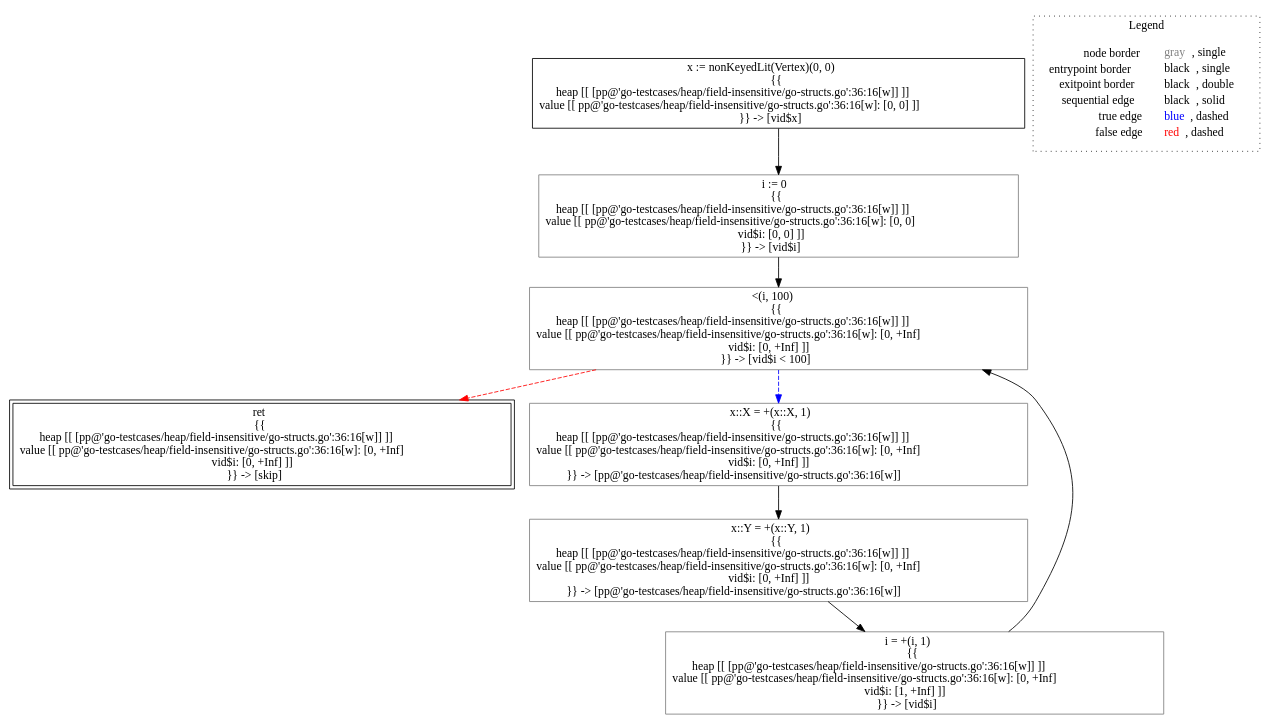
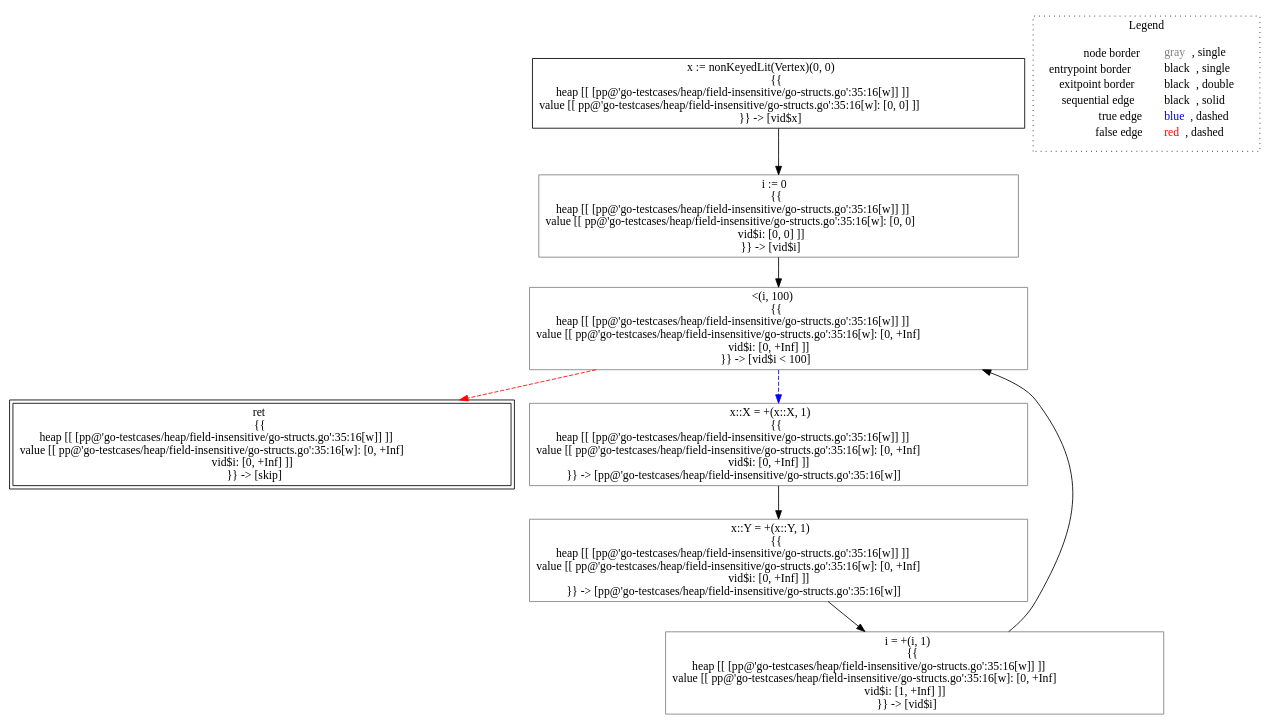
Before and after one commit to lisa-analyzer/go-lisa: the diagram in go-lisa/go-testcases/heap/field-insensitive/analysis___untyped_~LiSAProgram.forAlloc().dot, drawn with Graphviz. The commit also changed 14 other files, not shown here.

```diff
--- a/go-lisa/go-testcases/heap/field-insensitive/analysis___untyped_~LiSAProgram.forAlloc().dot
+++ b/go-lisa/go-testcases/heap/field-insensitive/analysis___untyped_~LiSAProgram.forAlloc().dot
@@ -1,23 +1,23 @@
 digraph {
-	"node0" [shape="rect",color="black",label=<x := nonKeyedLit(Vertex)(0, 0)<BR/>{{<BR/>heap [[ [pp@'go-testcases/heap/field-insensitive/go-structs.go':36:16[w]] ]]<BR/>value [[ pp@'go-testcases/heap/field-insensitive/go-structs.go':36:16[w]: [0, 0] ]]<BR/>}} -&gt; [vid$x]>];
-	"node1" [shape="rect",color="gray",label=<&lt;(i, 100)<BR/>{{<BR/>heap [[ [pp@'go-testcases/heap/field-insensitive/go-structs.go':36:16[w]] ]]<BR/>value [[ pp@'go-testcases/heap/field-insensitive/go-structs.go':36:16[w]: [0, +Inf]<BR/>vid$i: [0, +Inf] ]]<BR/>}} -&gt; [vid$i &lt; 100]>];
-	"node2" [shape="rect",color="gray",label=<x::Y = +(x::Y, 1)<BR/>{{<BR/>heap [[ [pp@'go-testcases/heap/field-insensitive/go-structs.go':36:16[w]] ]]<BR/>value [[ pp@'go-testcases/heap/field-insensitive/go-structs.go':36:16[w]: [0, +Inf]<BR/>vid$i: [0, +Inf] ]]<BR/>}} -&gt; [pp@'go-testcases/heap/field-insensitive/go-structs.go':36:16[w]]>];
-	"node3" [shape="rect",color="gray",label=<i = +(i, 1)<BR/>{{<BR/>heap [[ [pp@'go-testcases/heap/field-insensitive/go-structs.go':36:16[w]] ]]<BR/>value [[ pp@'go-testcases/heap/field-insensitive/go-structs.go':36:16[w]: [0, +Inf]<BR/>vid$i: [1, +Inf] ]]<BR/>}} -&gt; [vid$i]>];
-	"node4" [shape="rect",color="black",peripheries="2",label=<ret<BR/>{{<BR/>heap [[ [pp@'go-testcases/heap/field-insensitive/go-structs.go':36:16[w]] ]]<BR/>value [[ pp@'go-testcases/heap/field-insensitive/go-structs.go':36:16[w]: [0, +Inf]<BR/>vid$i: [0, +Inf] ]]<BR/>}} -&gt; [skip]>];
-	"node5" [shape="rect",color="gray",label=<i := 0<BR/>{{<BR/>heap [[ [pp@'go-testcases/heap/field-insensitive/go-structs.go':36:16[w]] ]]<BR/>value [[ pp@'go-testcases/heap/field-insensitive/go-structs.go':36:16[w]: [0, 0]<BR/>vid$i: [0, 0] ]]<BR/>}} -&gt; [vid$i]>];
-	"node6" [shape="rect",color="gray",label=<x::X = +(x::X, 1)<BR/>{{<BR/>heap [[ [pp@'go-testcases/heap/field-insensitive/go-structs.go':36:16[w]] ]]<BR/>value [[ pp@'go-testcases/heap/field-insensitive/go-structs.go':36:16[w]: [0, +Inf]<BR/>vid$i: [0, +Inf] ]]<BR/>}} -&gt; [pp@'go-testcases/heap/field-insensitive/go-structs.go':36:16[w]]>];
-	"node1" -> "node4" [color="red",style="dashed"];
-	"node1" -> "node6" [color="blue",style="dashed"];
-	"node2" -> "node3" [color="black"];
-	"node3" -> "node1" [color="black"];
+	"node0" [shape="rect",color="black",label=<x := nonKeyedLit(Vertex)(0, 0)<BR/>{{<BR/>heap [[ [pp@'go-testcases/heap/field-insensitive/go-structs.go':35:16[w]] ]]<BR/>value [[ pp@'go-testcases/heap/field-insensitive/go-structs.go':35:16[w]: [0, 0] ]]<BR/>}} -&gt; [vid$x]>];
+	"node1" [shape="rect",color="black",peripheries="2",label=<ret<BR/>{{<BR/>heap [[ [pp@'go-testcases/heap/field-insensitive/go-structs.go':35:16[w]] ]]<BR/>value [[ pp@'go-testcases/heap/field-insensitive/go-structs.go':35:16[w]: [0, +Inf]<BR/>vid$i: [0, +Inf] ]]<BR/>}} -&gt; [skip]>];
+	"node2" [shape="rect",color="gray",label=<&lt;(i, 100)<BR/>{{<BR/>heap [[ [pp@'go-testcases/heap/field-insensitive/go-structs.go':35:16[w]] ]]<BR/>value [[ pp@'go-testcases/heap/field-insensitive/go-structs.go':35:16[w]: [0, +Inf]<BR/>vid$i: [0, +Inf] ]]<BR/>}} -&gt; [vid$i &lt; 100]>];
+	"node3" [shape="rect",color="gray",label=<x::X = +(x::X, 1)<BR/>{{<BR/>heap [[ [pp@'go-testcases/heap/field-insensitive/go-structs.go':35:16[w]] ]]<BR/>value [[ pp@'go-testcases/heap/field-insensitive/go-structs.go':35:16[w]: [0, +Inf]<BR/>vid$i: [0, +Inf] ]]<BR/>}} -&gt; [pp@'go-testcases/heap/field-insensitive/go-structs.go':35:16[w]]>];
+	"node4" [shape="rect",color="gray",label=<i = +(i, 1)<BR/>{{<BR/>heap [[ [pp@'go-testcases/heap/field-insensitive/go-structs.go':35:16[w]] ]]<BR/>value [[ pp@'go-testcases/heap/field-insensitive/go-structs.go':35:16[w]: [0, +Inf]<BR/>vid$i: [1, +Inf] ]]<BR/>}} -&gt; [vid$i]>];
+	"node5" [shape="rect",color="gray",label=<i := 0<BR/>{{<BR/>heap [[ [pp@'go-testcases/heap/field-insensitive/go-structs.go':35:16[w]] ]]<BR/>value [[ pp@'go-testcases/heap/field-insensitive/go-structs.go':35:16[w]: [0, 0]<BR/>vid$i: [0, 0] ]]<BR/>}} -&gt; [vid$i]>];
+	"node6" [shape="rect",color="gray",label=<x::Y = +(x::Y, 1)<BR/>{{<BR/>heap [[ [pp@'go-testcases/heap/field-insensitive/go-structs.go':35:16[w]] ]]<BR/>value [[ pp@'go-testcases/heap/field-insensitive/go-structs.go':35:16[w]: [0, +Inf]<BR/>vid$i: [0, +Inf] ]]<BR/>}} -&gt; [pp@'go-testcases/heap/field-insensitive/go-structs.go':35:16[w]]>];
 	"node0" -> "node5" [color="black"];
-	"node5" -> "node1" [color="black"];
-	"node6" -> "node2" [color="black"];
+	"node2" -> "node1" [color="red",style="dashed"];
+	"node2" -> "node3" [color="blue",style="dashed"];
+	"node3" -> "node6" [color="black"];
+	"node4" -> "node2" [color="black"];
+	"node5" -> "node2" [color="black"];
+	"node6" -> "node4" [color="black"];
 subgraph cluster_legend {
 	label="Legend";
 	style=dotted;
 	node [shape=plaintext];
 	"legend" [label=<<table border="0" cellpadding="2" cellspacing="0" cellborder="0"><tr><td align="right">node border&nbsp;</td><td align="left"><font color="gray">gray</font>, single</td></tr><tr><td align="right">entrypoint border&nbsp;</td><td align="left"><font color="black">black</font>, single</td></tr><tr><td align="right">exitpoint border&nbsp;</td><td align="left"><font color="black">black</font>, double</td></tr><tr><td align="right">sequential edge&nbsp;</td><td align="left"><font color="black">black</font>, solid</td></tr><tr><td align="right">true edge&nbsp;</td><td align="left"><font color="blue">blue</font>, dashed</td></tr><tr><td align="right">false edge&nbsp;</td><td align="left"><font color="red">red</font>, dashed</td></tr></table>>];
 }
 
 }
```
